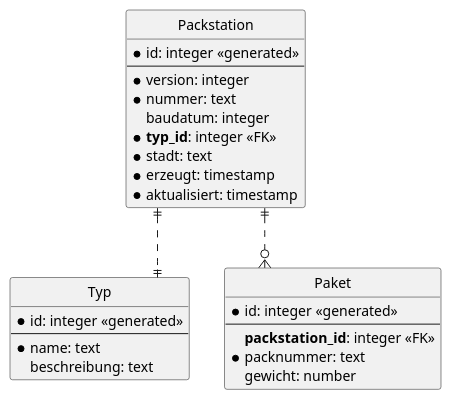
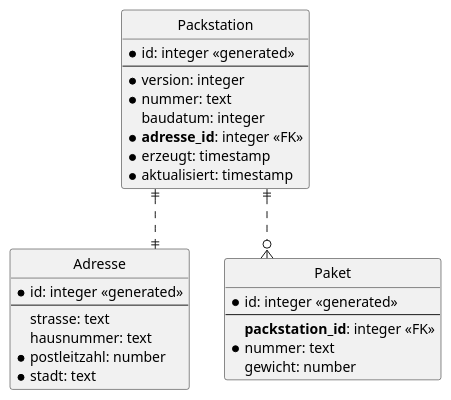
One commit to marius-a-mueller/kunstwerk changed the diagram in .extras/doc/projekthandbuch/ER-Diagramm.plantuml. Above: the diagram before and after it, drawn with PlantUML. The commit also changed 6 other files, not shown here.

Commit message:
Entities für Packstation, Paket und Adresse hinzugefügt.

```diff
--- a/.extras/doc/projekthandbuch/ER-Diagramm.plantuml
+++ b/.extras/doc/projekthandbuch/ER-Diagramm.plantuml
@@ -3,39 +3,40 @@
 @startuml ER Diagramm
 
 ' hide the spot
 hide circle
 
 ' evtl. Prbleme mit Kraehenfuessen vermeiden
 skinparam linetype ortho
 
 entity "Packstation" {
   * id: integer <<generated>>
   --
   * version: integer
   * nummer: text
     baudatum: integer
-  * **typ_id**: integer <<FK>>
-  * stadt: text
+  * **adresse_id**: integer <<FK>>
   * erzeugt: timestamp
   * aktualisiert: timestamp
 }
 
-entity "Typ" {
+entity "Adresse" {
   * id: integer <<generated>>
   --
-  * name: text
-    beschreibung: text
+    strasse: text
+    hausnummer: text
+  * postleitzahl: number
+  * stadt: text
 }
 
 entity "Paket" {
   * id: integer <<generated>>
   --
     **packstation_id**: integer <<FK>>
-  * packnummer: text
+  * nummer: text
     gewicht: number
 }
 
-Packstation ||..|| Typ
+Packstation ||..|| Adresse
 Packstation ||..o{ Paket
 
 @enduml
```
